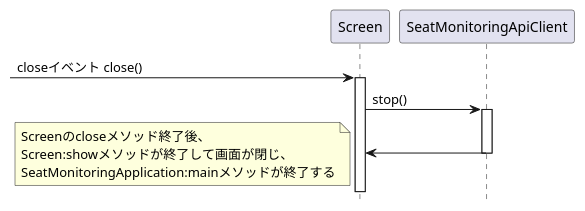
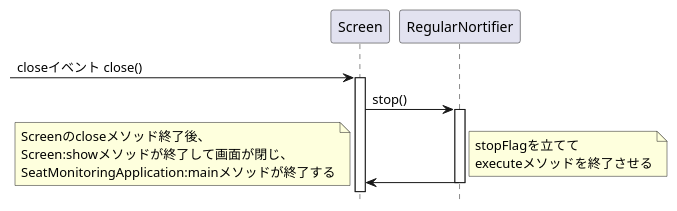
One commit to KeisukeSugita/Seat-monitoring-system changed the diagram in doc/詳細設計/構成図(.pu)/システム終了シーケンス図.pu. Above: the diagram before and after it, drawn with PlantUML.

Commit message:
クラスの間違えを修正

```diff
--- a/doc/詳細設計/構成図(.pu)/システム終了シーケンス図.pu
+++ b/doc/詳細設計/構成図(.pu)/システム終了シーケンス図.pu
@@ -1,19 +1,23 @@
 @startuml システム終了シーケンス図
 hide footbox
 
 participant "Screen" as Screen
-participant "SeatMonitoringApiClient" as SeatMonitoringApiClient
+participant "RegularNortifier" as RegularNortifier
 
 -> Screen :closeイベント close()
 activate Screen
-Screen -> SeatMonitoringApiClient :stop()
-activate SeatMonitoringApiClient
-Screen <- SeatMonitoringApiClient
-deactivate SeatMonitoringApiClient
+Screen -> RegularNortifier :stop()
+activate RegularNortifier
+Screen <- RegularNortifier
+deactivate RegularNortifier
+note right
+	stopFlagを立てて
+	executeメソッドを終了させる
+end note
 note left
 	Screenのcloseメソッド終了後、
 	Screen:showメソッドが終了して画面が閉じ、
 	SeatMonitoringApplication:mainメソッドが終了する
 end note
 
 @enduml
```
